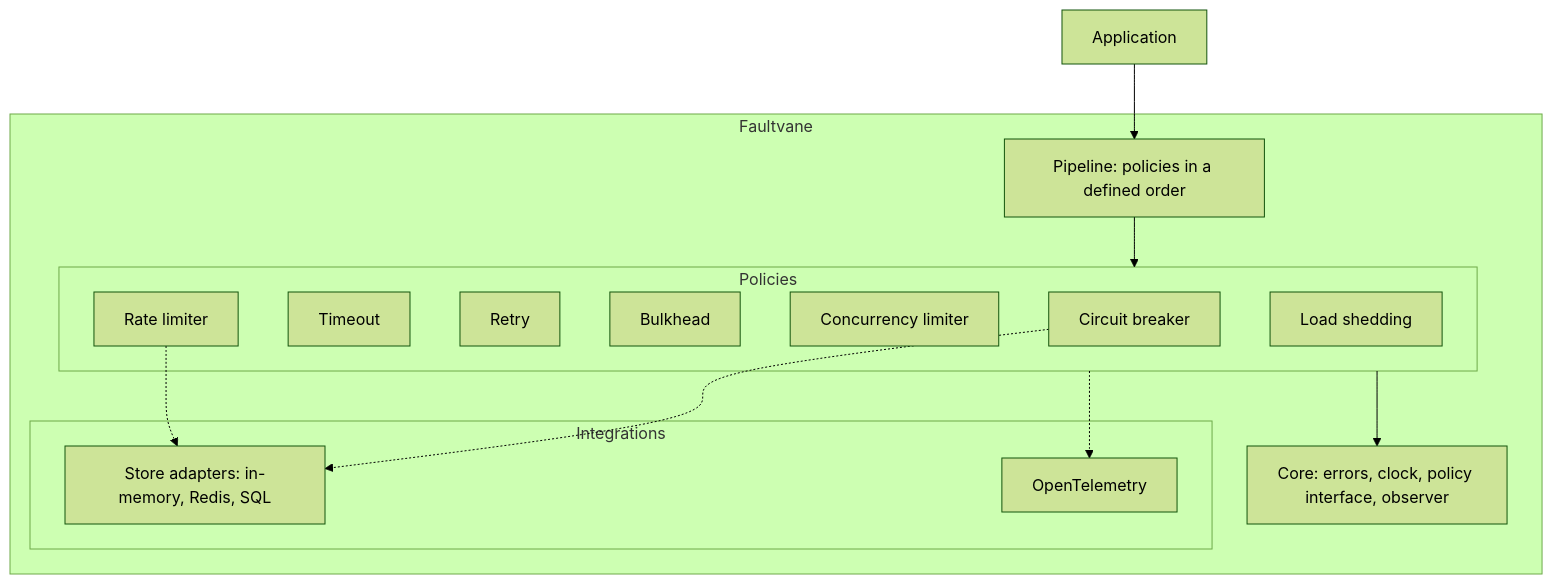
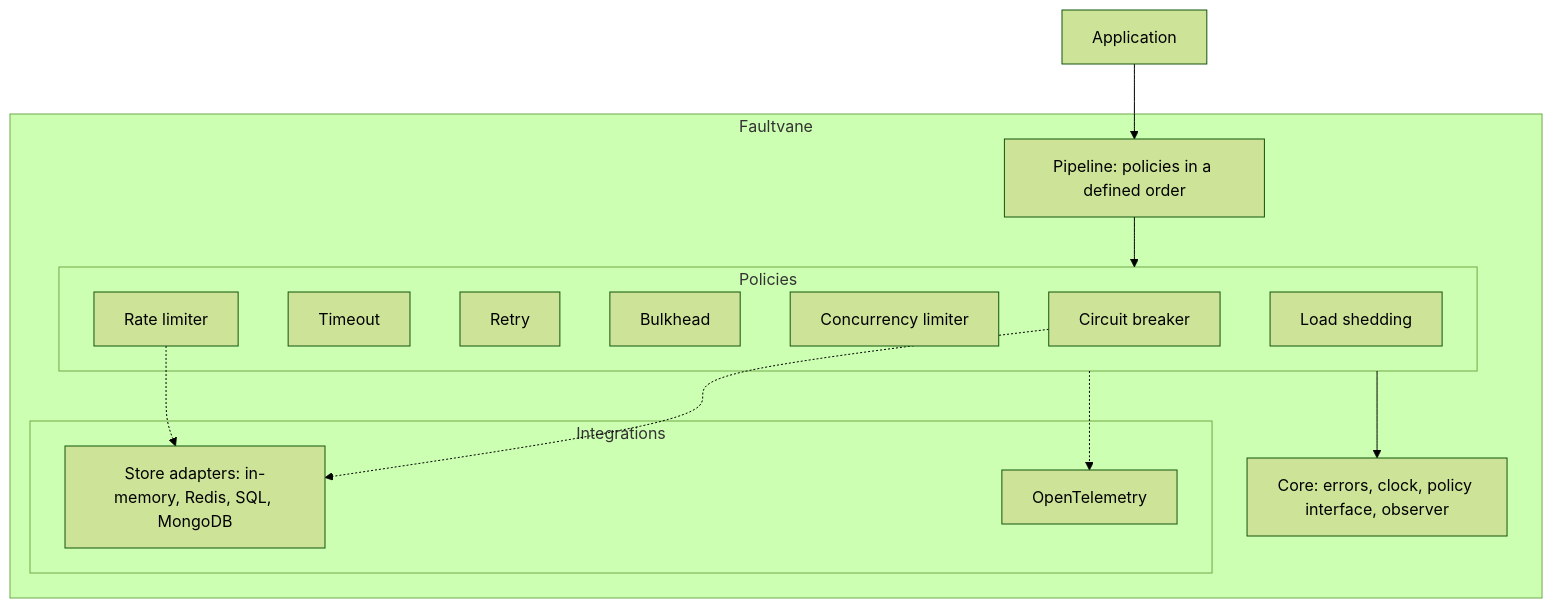
The first of 2 diagrams in docs/architecture.md (faultvane/faultvane-go), drawn with Mermaid (forest theme) before and after one commit. The commit also changed other lines of this file and 2 other files, not shown here.

Commit message:
Add the MongoDB adapter and candidate adapters to the plan

````diff
--- a/docs/architecture.md
+++ b/docs/architecture.md
@@ -8,25 +8,25 @@
 ```mermaid
 flowchart TB
     APP[Application]
     subgraph Faultvane
         PIPE[Pipeline: policies in a defined order]
         subgraph Policies
             CB[Circuit breaker]
             TO[Timeout]
             RT[Retry]
             BH[Bulkhead]
             CL[Concurrency limiter]
             RL[Rate limiter]
             LS[Load shedding]
         end
         CORE[Core: errors, clock, policy interface, observer]
         subgraph Integrations
-            ST[Store adapters: in-memory, Redis, SQL]
+            ST[Store adapters: in-memory, Redis, SQL, MongoDB]
             OT[OpenTelemetry]
         end
     end
     APP --> PIPE --> Policies --> CORE
     CB -.-> ST
     RL -.-> ST
     Policies -.-> OT
 ```
````
